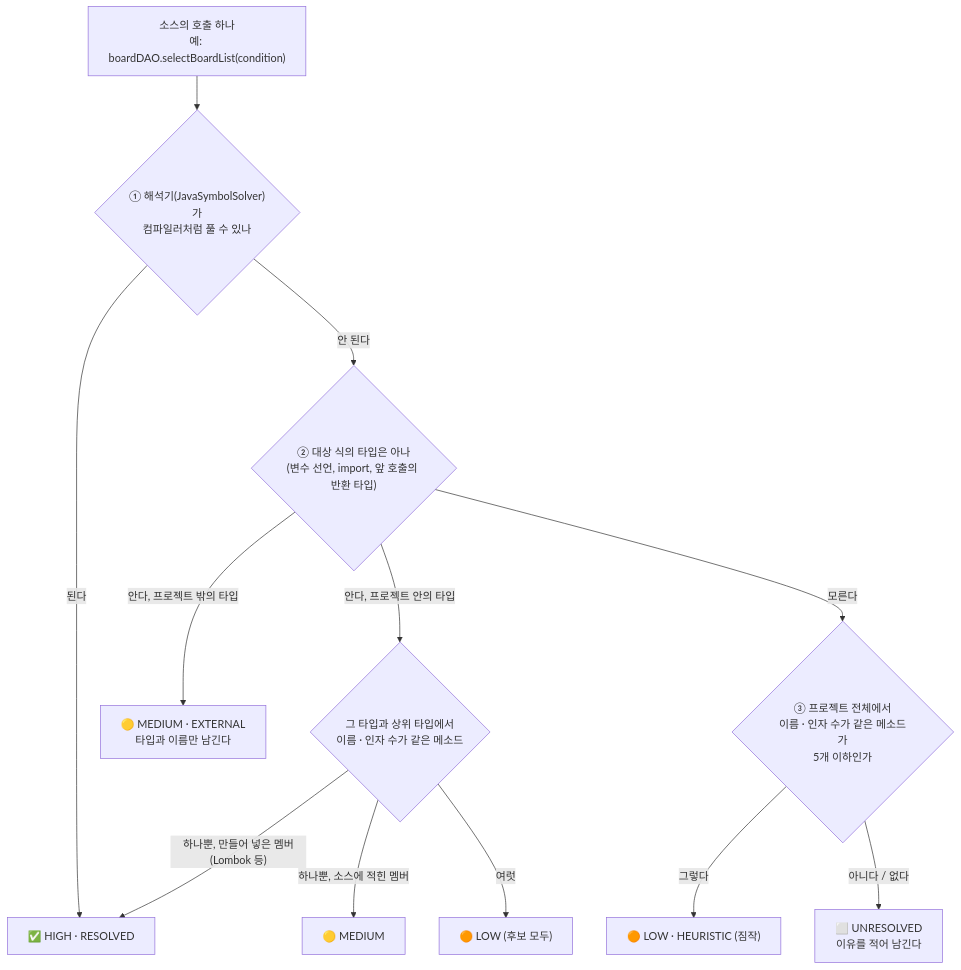
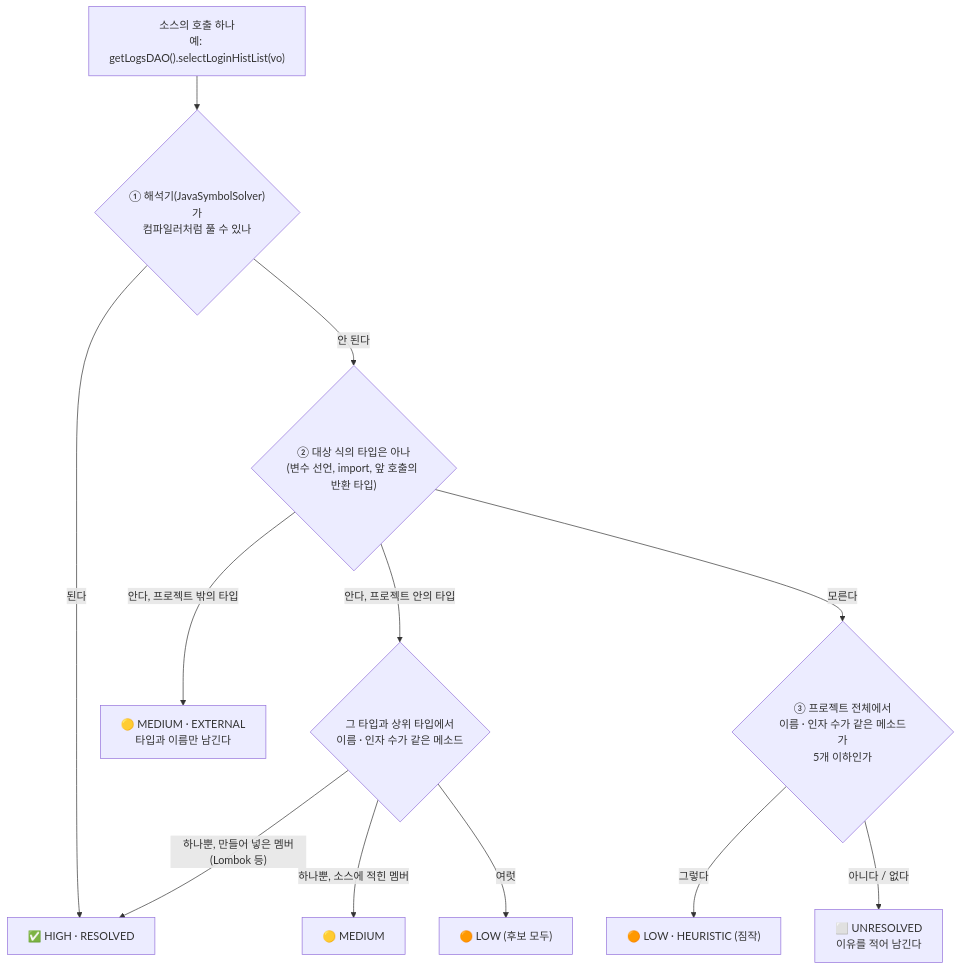
The eighth of 15 diagrams in docs/11.dstone-knowledge.md (YongSoekChoeng/dstone), drawn with Mermaid before and after one commit. The commit also changed other lines of this file, not shown here.

````diff
--- a/docs/11.dstone-knowledge.md
+++ b/docs/11.dstone-knowledge.md
@@ -487,14 +489,14 @@
 ```mermaid
 flowchart TD
-    Q["소스의 호출 하나<br/>예: boardDAO.selectBoardList(condition)"] --> S1{"① 해석기(JavaSymbolSolver)가<br/>컴파일러처럼 풀 수 있나"}
+    Q["소스의 호출 하나<br/>예: getLogsDAO().selectLoginHistList(vo)"] --> S1{"① 해석기(JavaSymbolSolver)가<br/>컴파일러처럼 풀 수 있나"}
     S1 -->|된다| H["✅ HIGH · RESOLVED"]
     S1 -->|안 된다| S2{"② 대상 식의 타입은 아나<br/>(변수 선언, import, 앞 호출의 반환 타입)"}
     S2 -->|"안다, 프로젝트 안의 타입"| S3{"그 타입과 상위 타입에서<br/>이름 · 인자 수가 같은 메소드"}
     S3 -->|"하나뿐, 만들어 넣은 멤버(Lombok 등)"| H
     S3 -->|"하나뿐, 소스에 적힌 멤버"| M["🟡 MEDIUM"]
     S3 -->|여럿| L["🟠 LOW (후보 모두)"]
     S2 -->|"안다, 프로젝트 밖의 타입"| EX["🟡 MEDIUM · EXTERNAL<br/>타입과 이름만 남긴다"]
     S2 -->|모른다| S4{"③ 프로젝트 전체에서<br/>이름 · 인자 수가 같은 메소드가<br/>5개 이하인가"}
     S4 -->|그렇다| L2["🟠 LOW · HEURISTIC (짐작)"]
     S4 -->|"아니다 / 없다"| U["⬜ UNRESOLVED<br/>이유를 적어 남긴다"]
 ```
````
